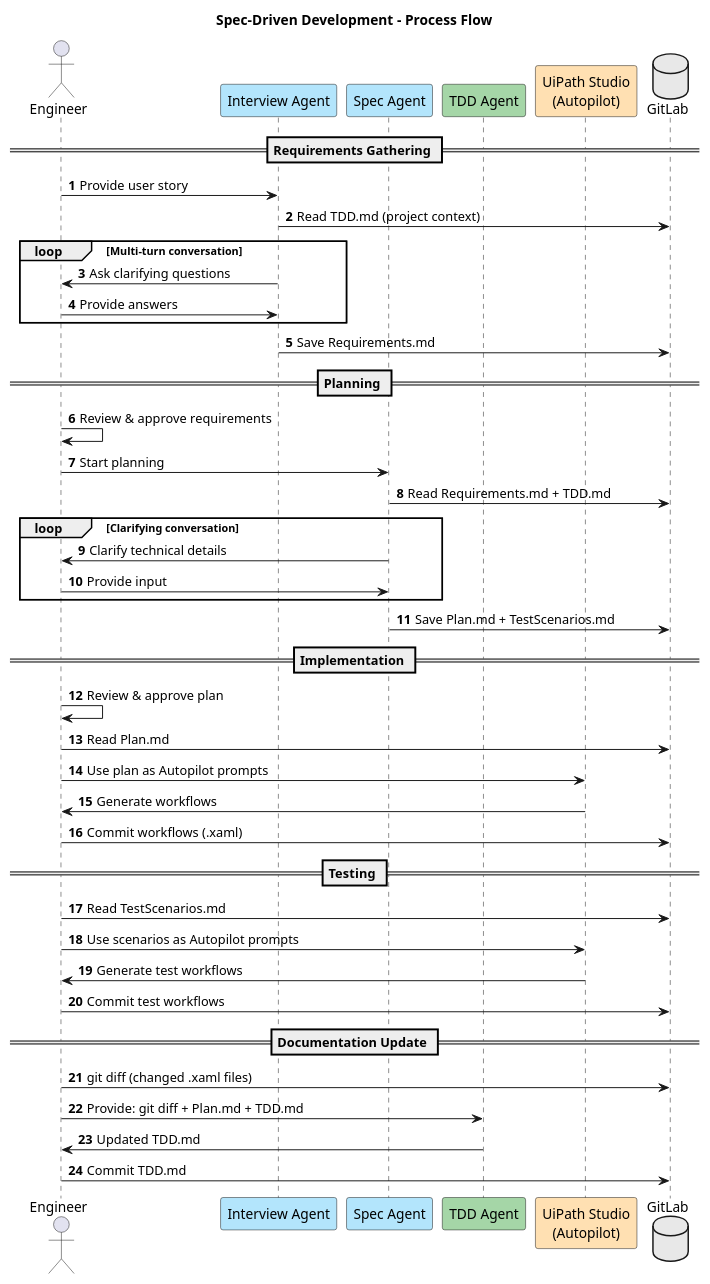
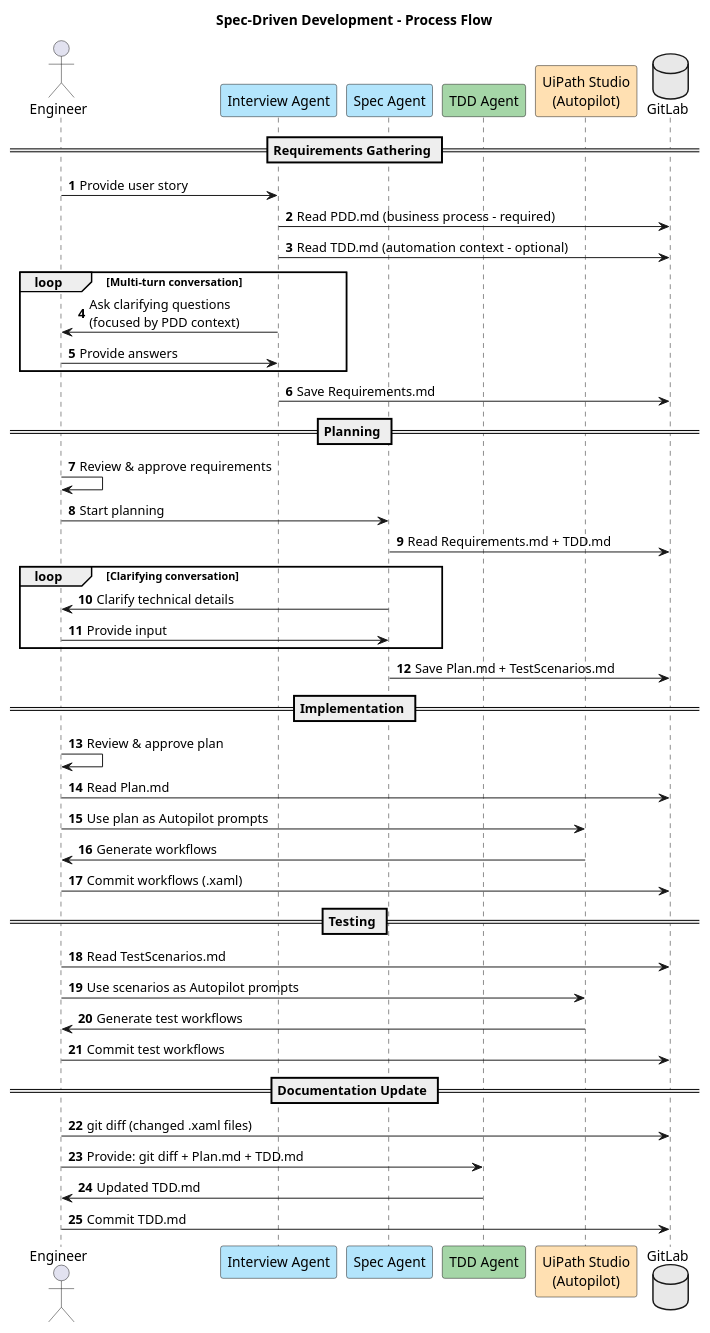
One commit to eddiefleurent/uipath-spec-driven-development changed the second of 2 diagrams in architecture.puml. Above: the diagram before and after it, drawn with PlantUML. The commit also changed other lines of this file and 10 other files, not shown here.

First line of the commit message:
Add PDD (Process Definition Document) as required input to Interview Agent

```diff
--- a/architecture.puml
+++ b/architecture.puml
@@ -33,55 +35,56 @@
 @startuml sequence
 skinparam backgroundColor #FFFFFF
 skinparam defaultFontName Arial
 skinparam shadowing false
 
 title Spec-Driven Development - Process Flow
 
 autonumber
 
 actor "Engineer" as User
 participant "Interview Agent" as Interview #B3E5FC
 participant "Spec Agent" as Spec #B3E5FC
 participant "TDD Agent" as TDD #A5D6A7
 participant "UiPath Studio\n(Autopilot)" as Studio #FFE0B2
 database "GitLab" as Git #E8E8E8
 
 == Requirements Gathering ==
 User -> Interview : Provide user story
-Interview -> Git : Read TDD.md (project context)
+Interview -> Git : Read PDD.md (business process - required)
+Interview -> Git : Read TDD.md (automation context - optional)
 loop Multi-turn conversation
-    Interview -> User : Ask clarifying questions
+    Interview -> User : Ask clarifying questions\n(focused by PDD context)
     User -> Interview : Provide answers
 end
 Interview -> Git : Save Requirements.md
 
 == Planning ==
 User -> User : Review & approve requirements
 User -> Spec : Start planning
 Spec -> Git : Read Requirements.md + TDD.md
 loop Clarifying conversation
     Spec -> User : Clarify technical details
     User -> Spec : Provide input
 end
 Spec -> Git : Save Plan.md + TestScenarios.md
 
 == Implementation ==
 User -> User : Review & approve plan
 User -> Git : Read Plan.md
 User -> Studio : Use plan as Autopilot prompts
 Studio -> User : Generate workflows
 User -> Git : Commit workflows (.xaml)
 
 == Testing ==
 User -> Git : Read TestScenarios.md
 User -> Studio : Use scenarios as Autopilot prompts
 Studio -> User : Generate test workflows
 User -> Git : Commit test workflows
 
 == Documentation Update ==
 User -> Git : git diff (changed .xaml files)
 User -> TDD : Provide: git diff + Plan.md + TDD.md
 TDD -> User : Updated TDD.md
 User -> Git : Commit TDD.md
 
 @enduml
```
